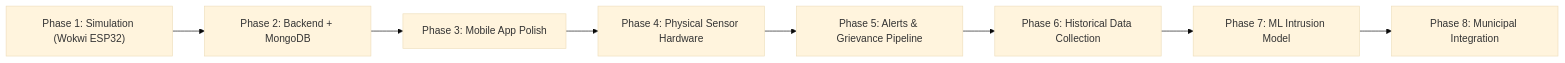
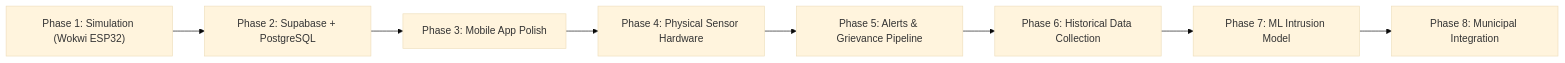
Before and after one commit to NotDday/Water-Watch: the second of 2 diagrams in docs/IMPLEMENTATION_ROADMAP.md, drawn with Mermaid (base theme). The commit also changed other lines of this file and 11 other files, not shown here.

First line of the commit message:
feat: switch backend to Supabase with PostgreSQL, auth, and RLS

````diff
--- a/docs/IMPLEMENTATION_ROADMAP.md
+++ b/docs/IMPLEMENTATION_ROADMAP.md
@@ -218,10 +217,10 @@
 ```mermaid
 graph LR
-    P1["Phase 1: Simulation (Wokwi ESP32)"] --> P2["Phase 2: Backend + MongoDB"]
+    P1["Phase 1: Simulation (Wokwi ESP32)"] --> P2["Phase 2: Supabase + PostgreSQL"]
     P2 --> P3["Phase 3: Mobile App Polish"]
     P3 --> P4["Phase 4: Physical Sensor Hardware"]
     P4 --> P5["Phase 5: Alerts & Grievance Pipeline"]
     P5 --> P6["Phase 6: Historical Data Collection"]
     P6 --> P7["Phase 7: ML Intrusion Model"]
     P7 --> P8["Phase 8: Municipal Integration"]
 ```
````
